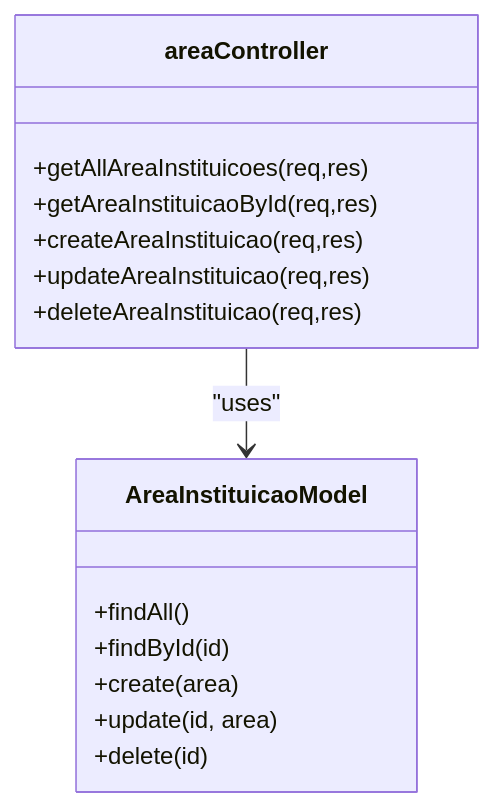
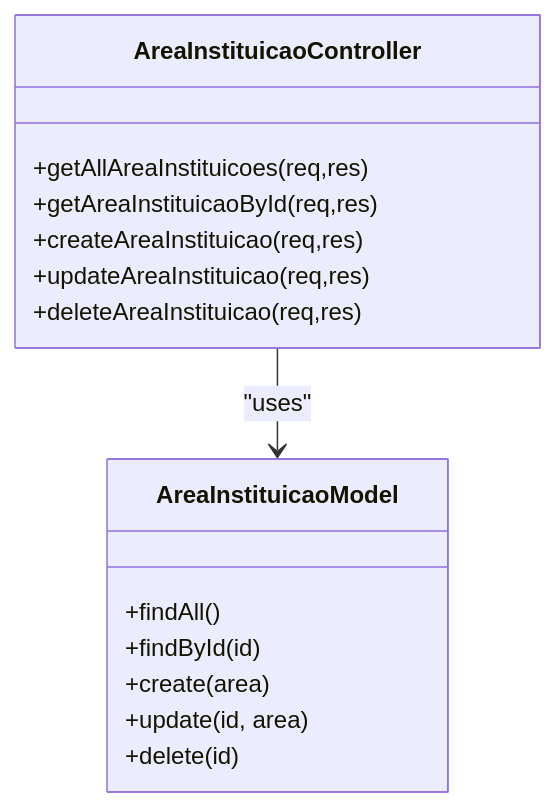
Before and after one commit to luiseduacosta/nodemural: the third of 8 diagrams in .qoder/repowiki/en/content/Data Models & Database Design/Institutional Management Models.md, drawn with Mermaid. The commit also changed other lines of this file and 27 other files, not shown here.

````diff
--- a/.qoder/repowiki/en/content/Data Models & Database Design/Institutional Management Models.md
+++ b/.qoder/repowiki/en/content/Data Models & Database Design/Institutional Management Models.md
@@ -250,18 +250,18 @@
 ```mermaid
 classDiagram
 class AreaInstituicaoModel {
 +findAll()
 +findById(id)
 +create(area)
 +update(id, area)
 +delete(id)
 }
-class areaController {
+class AreaInstituicaoController {
 +getAllAreaInstituicoes(req,res)
 +getAreaInstituicaoById(req,res)
 +createAreaInstituicao(req,res)
 +updateAreaInstituicao(req,res)
 +deleteAreaInstituicao(req,res)
 }
-areaController --> AreaInstituicaoModel : "uses"
+AreaInstituicaoController --> AreaInstituicaoModel : "uses"
 ```
````
